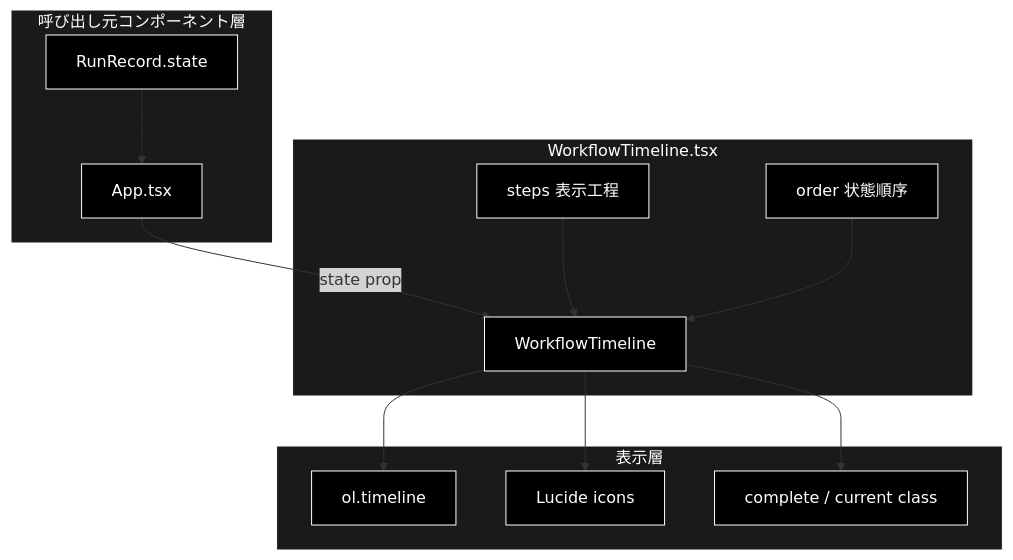
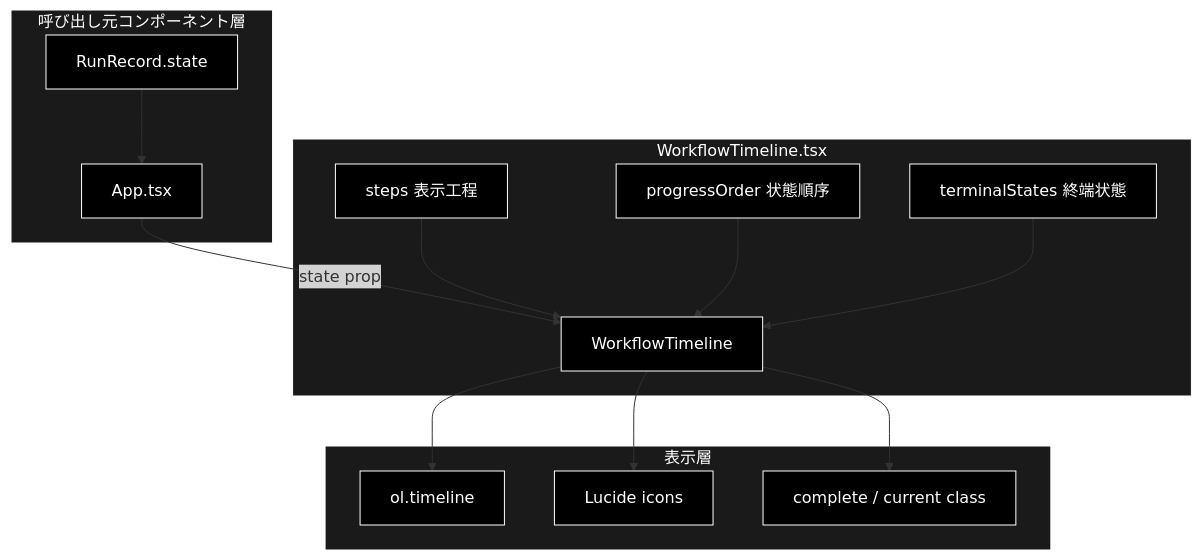
The first of 3 diagrams in frontend/docs/WorkflowTimeline.md (nakashima2toshio/grace_agent_v2_react_openai), drawn with Mermaid before and after one commit. The commit also changed other lines of this file and 14 other files, not shown here.

````diff
--- a/frontend/docs/WorkflowTimeline.md
+++ b/frontend/docs/WorkflowTimeline.md
@@ -60,30 +63,32 @@
 ```mermaid
 flowchart TB
     subgraph CLIENT["呼び出し元コンポーネント層"]
         APP["App.tsx"]
         RUN["RunRecord.state"]
     end
     subgraph MODULE["WorkflowTimeline.tsx"]
         STEPS["steps 表示工程"]
-        ORDER["order 状態順序"]
+        ORDER["progressOrder 状態順序"]
+        TERMINAL["terminalStates 終端状態"]
         COMPONENT["WorkflowTimeline"]
     end
     subgraph VIEW["表示層"]
         OL["ol.timeline"]
         ICONS["Lucide icons"]
         CSS["complete / current class"]
     end
     RUN --> APP
     APP -->|state prop| COMPONENT
     STEPS --> COMPONENT
     ORDER --> COMPONENT
+    TERMINAL --> COMPONENT
     COMPONENT --> OL
     COMPONENT --> ICONS
     COMPONENT --> CSS
 classDef default fill:#000,stroke:#fff,color:#fff
 classDef subgraphStyle fill:#1a1a1a,stroke:#fff,color:#fff
-class APP,RUN,STEPS,ORDER,COMPONENT,OL,ICONS,CSS default
+class APP,RUN,STEPS,ORDER,TERMINAL,COMPONENT,OL,ICONS,CSS default
 style CLIENT fill:#1a1a1a,stroke:#fff,color:#fff
 style MODULE fill:#1a1a1a,stroke:#fff,color:#fff
 style VIEW fill:#1a1a1a,stroke:#fff,color:#fff
 ```
````
